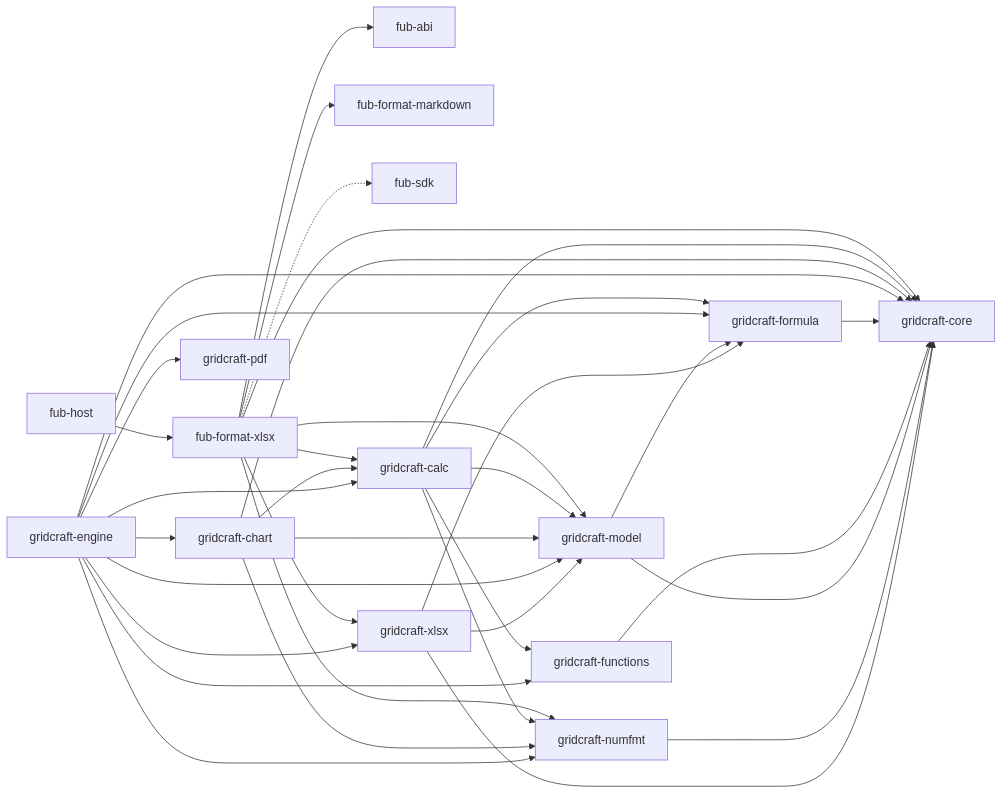
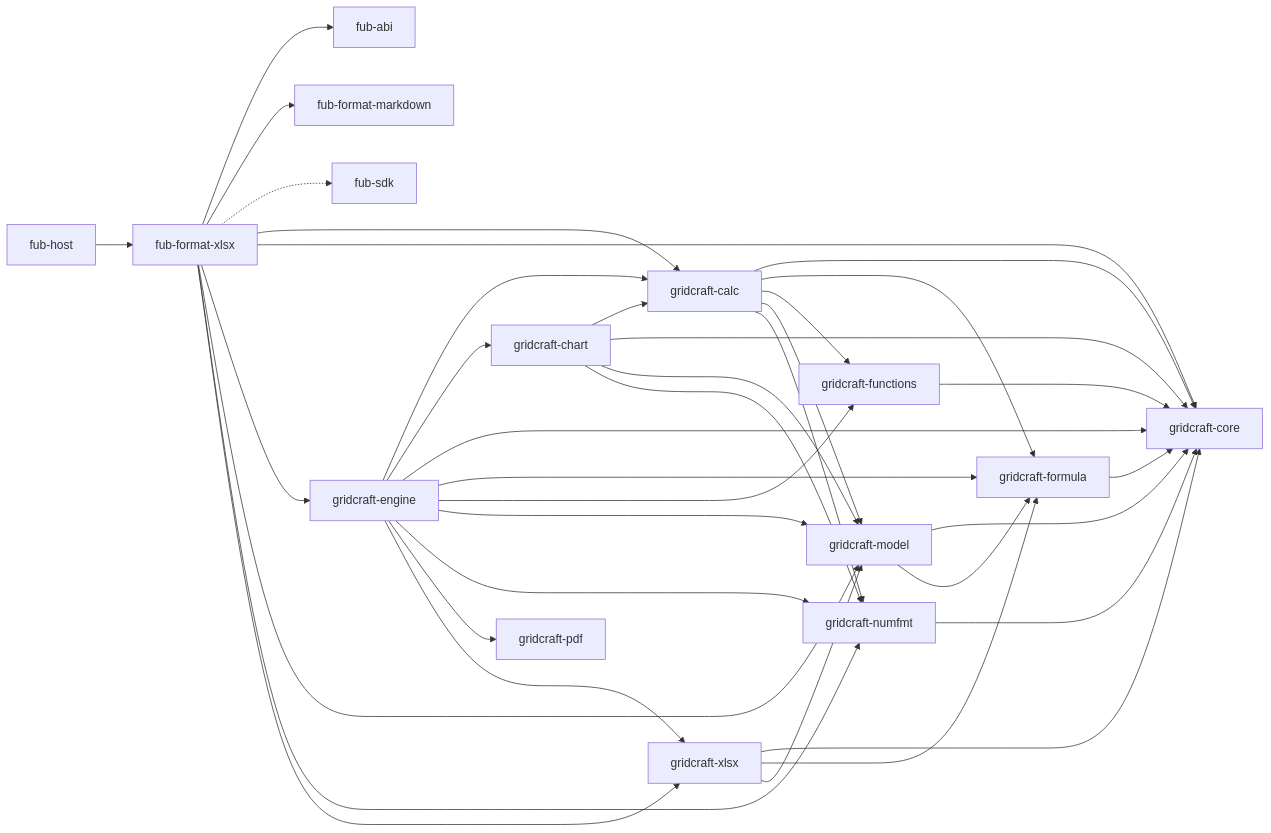
One commit to Fubeo/Fub changed the third of 4 diagrams in docs/architecture/overview.md. Above: the diagram before and after it, drawn with Mermaid. The commit also changed 26 other files, not shown here.

````diff
--- a/docs/architecture/overview.md
+++ b/docs/architecture/overview.md
@@ -158,57 +158,58 @@
 ```mermaid
 flowchart LR
     %% @grafo-dipendenze
     %% Il seguito del grafo: fub-format-xlsx e i crate di GridCraft.
 
     host["fub-host"]
     abi["fub-abi"]
     markdown["fub-format-markdown"]
     sdk["fub-sdk"]
     xlsx["fub-format-xlsx"]
     gcalc["gridcraft-calc"]
     gchart["gridcraft-chart"]
     gcore["gridcraft-core"]
     gengine["gridcraft-engine"]
     gformula["gridcraft-formula"]
     gfunctions["gridcraft-functions"]
     gnumfmt["gridcraft-numfmt"]
     gmodel["gridcraft-model"]
     gpdf["gridcraft-pdf"]
     gxlsx["gridcraft-xlsx"]
 
     host --> xlsx
     xlsx --> abi
     xlsx --> markdown
     xlsx -.-> sdk
     xlsx --> gcalc
     xlsx --> gcore
+    xlsx --> gengine
     xlsx --> gmodel
     xlsx --> gnumfmt
     xlsx --> gxlsx
     gcalc --> gcore
     gcalc --> gformula
     gcalc --> gfunctions
     gcalc --> gmodel
     gcalc --> gnumfmt
     gchart --> gcalc
     gchart --> gcore
     gchart --> gmodel
     gchart --> gnumfmt
     gengine --> gcalc
     gengine --> gchart
     gengine --> gcore
     gengine --> gformula
     gengine --> gfunctions
     gengine --> gmodel
     gengine --> gnumfmt
     gengine --> gpdf
     gengine --> gxlsx
     gformula --> gcore
     gfunctions --> gcore
     gmodel --> gcore
     gmodel --> gformula
     gnumfmt --> gcore
     gxlsx --> gcore
     gxlsx --> gformula
     gxlsx --> gmodel
 ```
````
